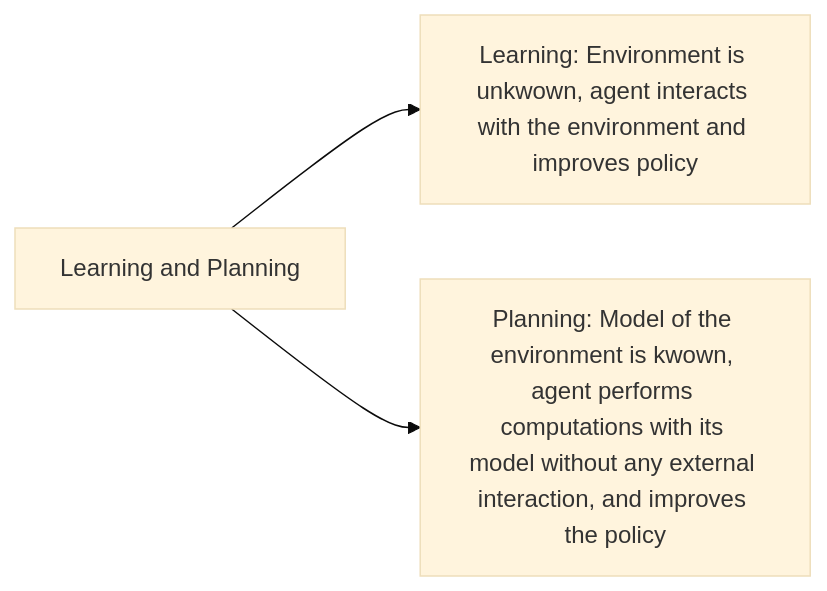
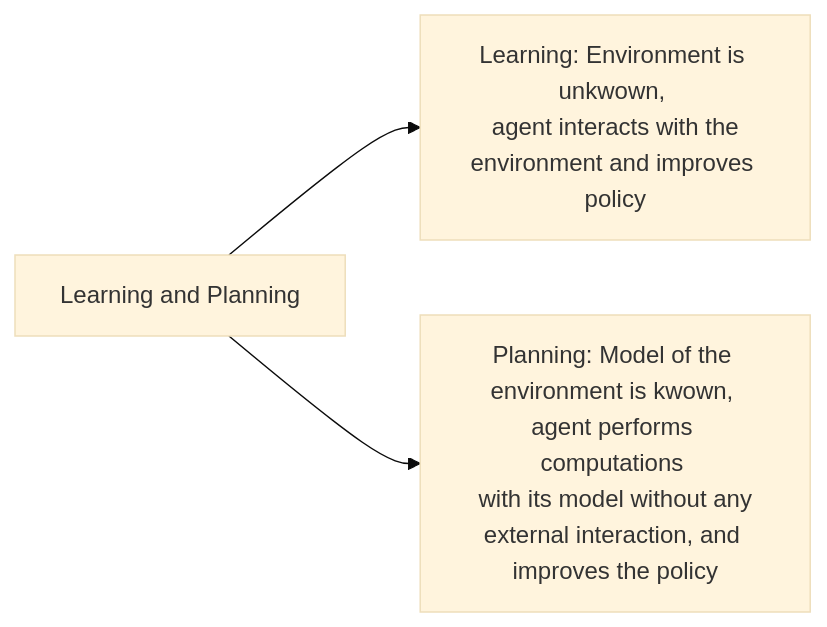
Before and after one commit to thatblueboy/RL: the fifth of 5 diagrams in RL.md, drawn with Mermaid (base theme). The commit also changed other lines of this file, not shown here.

````diff
--- a/RL.md
+++ b/RL.md
@@ -153,7 +182,7 @@
 ```mermaid
 graph LR
-A[Learning and Planning] -->B[Learning: Environment is unkwown, agent interacts with the environment and improves policy]
-A --> C[Planning: Model of the environment is kwown, agent performs computations with its model without any external interaction, and improves the policy]
+A[Learning and Planning] -->B[Learning: Environment is unkwown, <br> agent interacts with the environment and improves policy]
+A --> C[Planning: Model of the environment is kwown, agent performs computations <br> with its model without any external interaction, and improves the policy]
 
 
 ```
````
